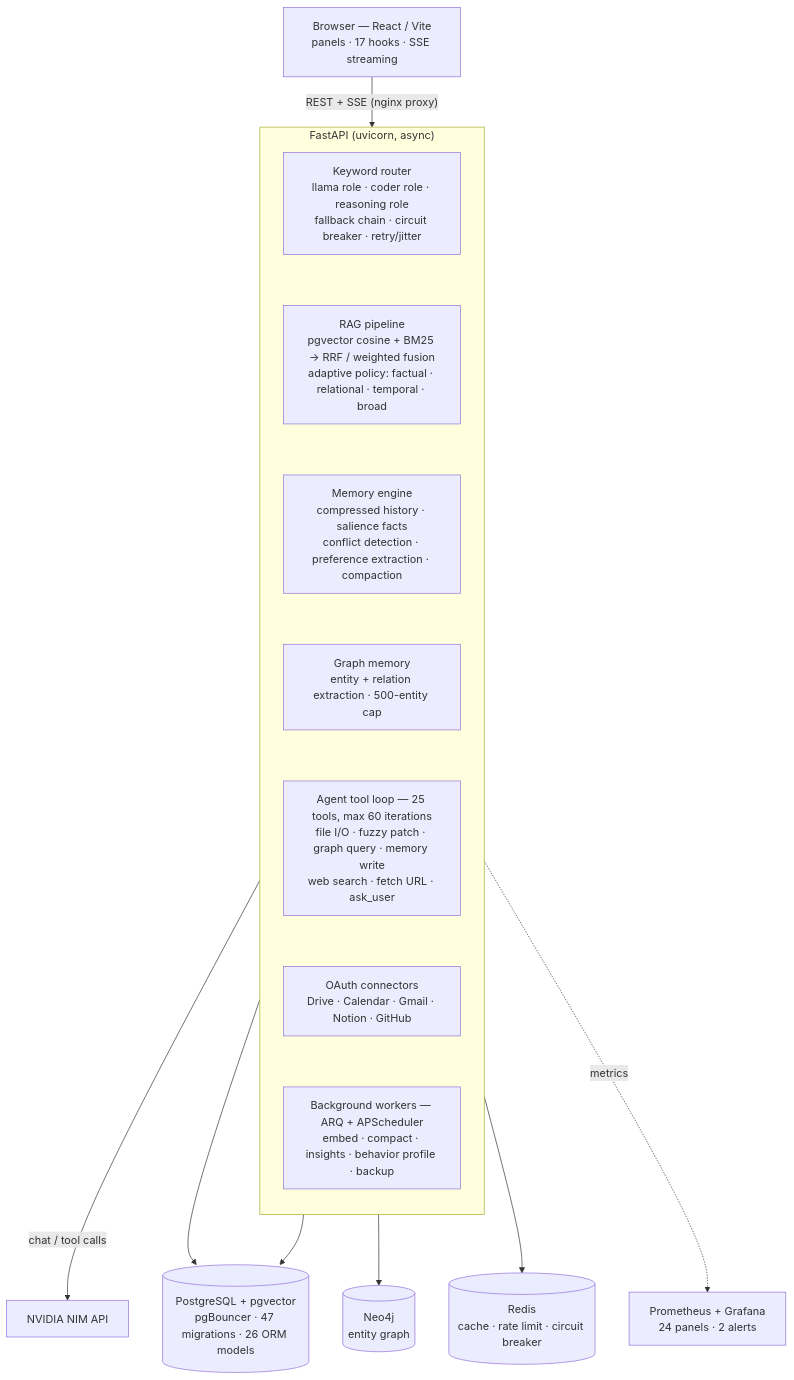
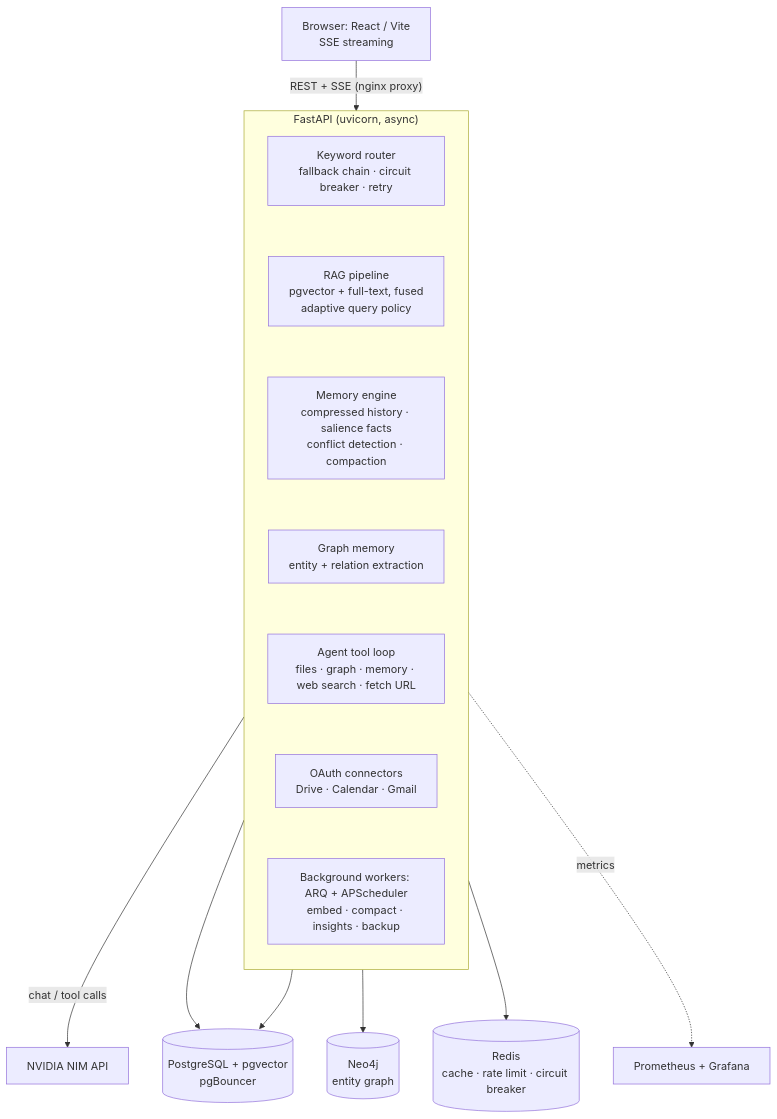
One commit to ymr-gif/eidetic changed the diagram in README.md. Above: the diagram before and after it, drawn with Mermaid. The commit also changed other lines of this file and 3 other files, not shown here.

````diff
--- a/README.md
+++ b/README.md
@@ -37,24 +65,24 @@
 ```mermaid
 flowchart TB
-    Browser["Browser — React / Vite<br/>panels · 17 hooks · SSE streaming"]
+    Browser["Browser: React / Vite<br/>SSE streaming"]
     Browser -->|"REST + SSE (nginx proxy)"| Router
 
     subgraph API["FastAPI (uvicorn, async)"]
         direction TB
-        Router["Keyword router<br/>llama role · coder role · reasoning role<br/>fallback chain · circuit breaker · retry/jitter"]
-        RAG["RAG pipeline<br/>pgvector cosine + BM25 → RRF / weighted fusion<br/>adaptive policy: factual · relational · temporal · broad"]
-        Memory["Memory engine<br/>compressed history · salience facts<br/>conflict detection · preference extraction · compaction"]
-        GraphMem["Graph memory<br/>entity + relation extraction · 500-entity cap"]
-        Tools["Agent tool loop — 25 tools, max 60 iterations<br/>file I/O · fuzzy patch · graph query · memory write<br/>web search · fetch URL · ask_user"]
-        Connectors["OAuth connectors<br/>Drive · Calendar · Gmail · Notion · GitHub"]
-        Background["Background workers — ARQ + APScheduler<br/>embed · compact · insights · behavior profile · backup"]
+        Router["Keyword router<br/>fallback chain · circuit breaker · retry"]
+        RAG["RAG pipeline<br/>pgvector + full-text, fused<br/>adaptive query policy"]
+        Memory["Memory engine<br/>compressed history · salience facts<br/>conflict detection · compaction"]
+        GraphMem["Graph memory<br/>entity + relation extraction"]
+        Tools["Agent tool loop<br/>files · graph · memory · web search · fetch URL"]
+        Connectors["OAuth connectors<br/>Drive · Calendar · Gmail"]
+        Background["Background workers: ARQ + APScheduler<br/>embed · compact · insights · backup"]
         Router ~~~ RAG ~~~ Memory ~~~ GraphMem ~~~ Tools ~~~ Connectors ~~~ Background
     end
 
     Router -->|"chat / tool calls"| NIM["NVIDIA NIM API"]
-    RAG --> PG[("PostgreSQL + pgvector<br/>pgBouncer · 47 migrations · 26 ORM models")]
+    RAG --> PG[("PostgreSQL + pgvector<br/>pgBouncer")]
     Memory --> PG
     GraphMem --> Neo[("Neo4j<br/>entity graph")]
     Background --> Redis[("Redis<br/>cache · rate limit · circuit breaker")]
-    API -.->|"metrics"| Prom["Prometheus + Grafana<br/>24 panels · 2 alerts"]
+    API -.->|"metrics"| Prom["Prometheus + Grafana"]
 ```
````
